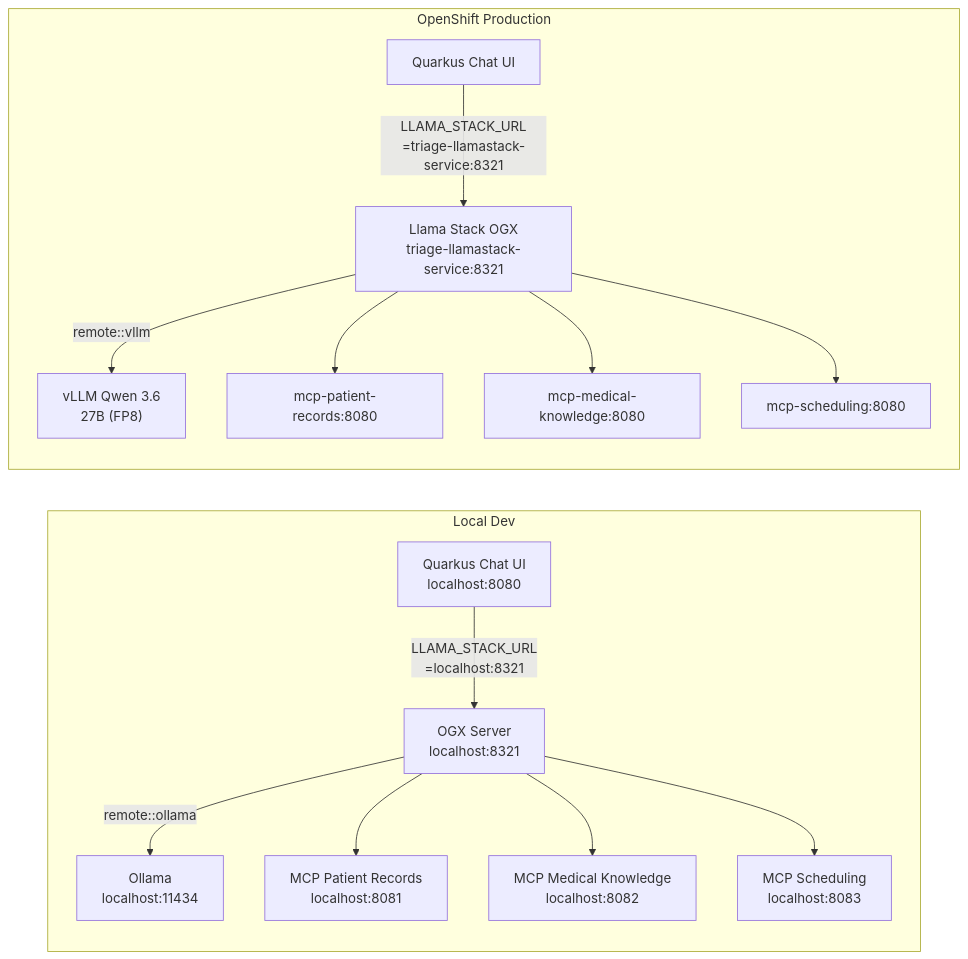
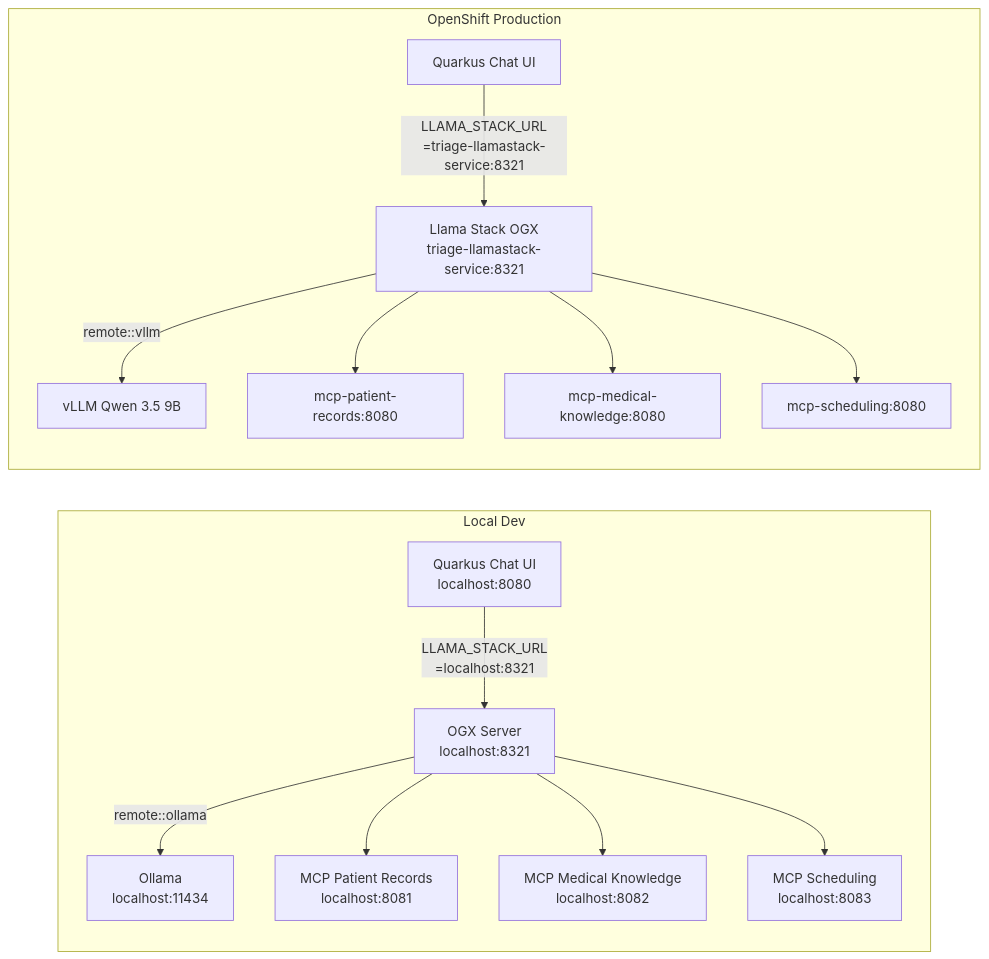
The diagram in docs/local-dev-environment.md (nikolaus-lemberski/openshift-agentic-ai), drawn with Mermaid before and after one commit. The commit also changed other lines of this file and 8 other files, not shown here.

````diff
--- a/docs/local-dev-environment.md
+++ b/docs/local-dev-environment.md
@@ -14,32 +14,32 @@
 ```mermaid
 graph LR
     subgraph localDev [Local Dev]
         OllamaLocal["Ollama\nlocalhost:11434"]
         OGXLocal["OGX Server\nlocalhost:8321"]
         MCP1L["MCP Patient Records\nlocalhost:8081"]
         MCP2L["MCP Medical Knowledge\nlocalhost:8082"]
         MCP3L["MCP Scheduling\nlocalhost:8083"]
         AppL["Quarkus Chat UI\nlocalhost:8080"]
 
         AppL -->|"LLAMA_STACK_URL\n=localhost:8321"| OGXLocal
         OGXLocal -->|"remote::ollama"| OllamaLocal
         OGXLocal --> MCP1L
         OGXLocal --> MCP2L
         OGXLocal --> MCP3L
     end
 
     subgraph prod [OpenShift Production]
-        vLLM1["vLLM Qwen 3.6\n27B (FP8)"]
+        vLLM1["vLLM Qwen 3.5 9B"]
         OGXProd["Llama Stack OGX\ntriage-llamastack-service:8321"]
         MCP1P["mcp-patient-records:8080"]
         MCP2P["mcp-medical-knowledge:8080"]
         MCP3P["mcp-scheduling:8080"]
         AppP["Quarkus Chat UI"]
 
         AppP -->|"LLAMA_STACK_URL\n=triage-llamastack-service:8321"| OGXProd
         OGXProd -->|"remote::vllm"| vLLM1
         OGXProd --> MCP1P
         OGXProd --> MCP2P
         OGXProd --> MCP3P
     end
 ```
````
